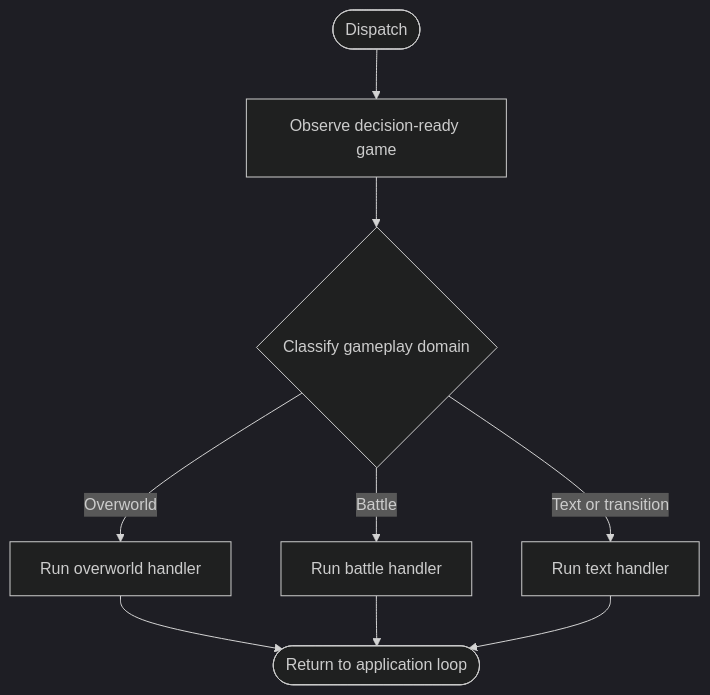
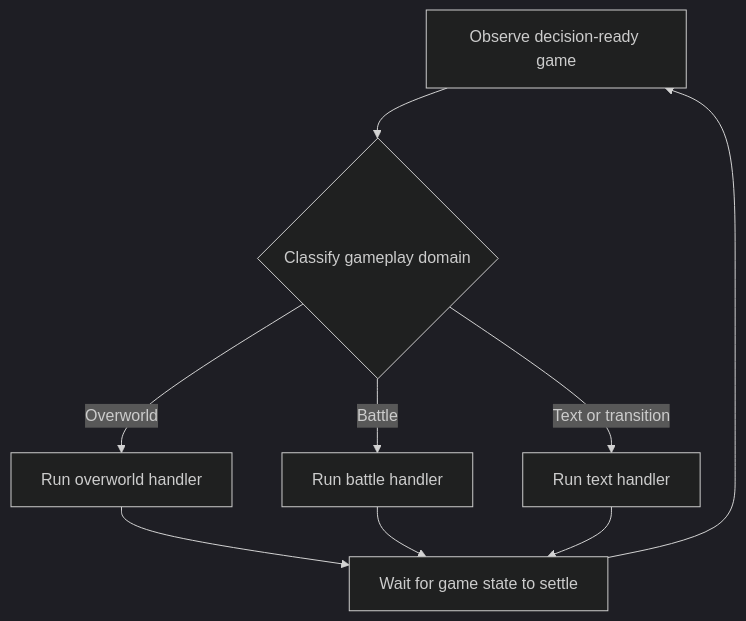
Before and after one commit to clambro/ai-plays-pokemon: the first of 4 diagrams in docs/workflow.md, drawn with Mermaid (dark theme). The commit also changed other lines of this file and 26 other files, not shown here.

````diff
--- a/docs/workflow.md
+++ b/docs/workflow.md
@@ -11,11 +7,11 @@
 ```mermaid
 flowchart TD
-    dispatch([Dispatch]) --> observe[Observe decision-ready game]
-    observe --> classify{Classify gameplay domain}
+    observe[Observe decision-ready game] --> classify{Classify gameplay domain}
     classify -->|Overworld| overworld[Run overworld handler]
     classify -->|Battle| battle[Run battle handler]
     classify -->|Text or transition| text[Run text handler]
-    overworld --> return([Return to application loop])
-    battle --> return
-    text --> return
+    overworld --> settle[Wait for game state to settle]
+    battle --> settle
+    text --> settle
+    settle --> observe
 ```
````
